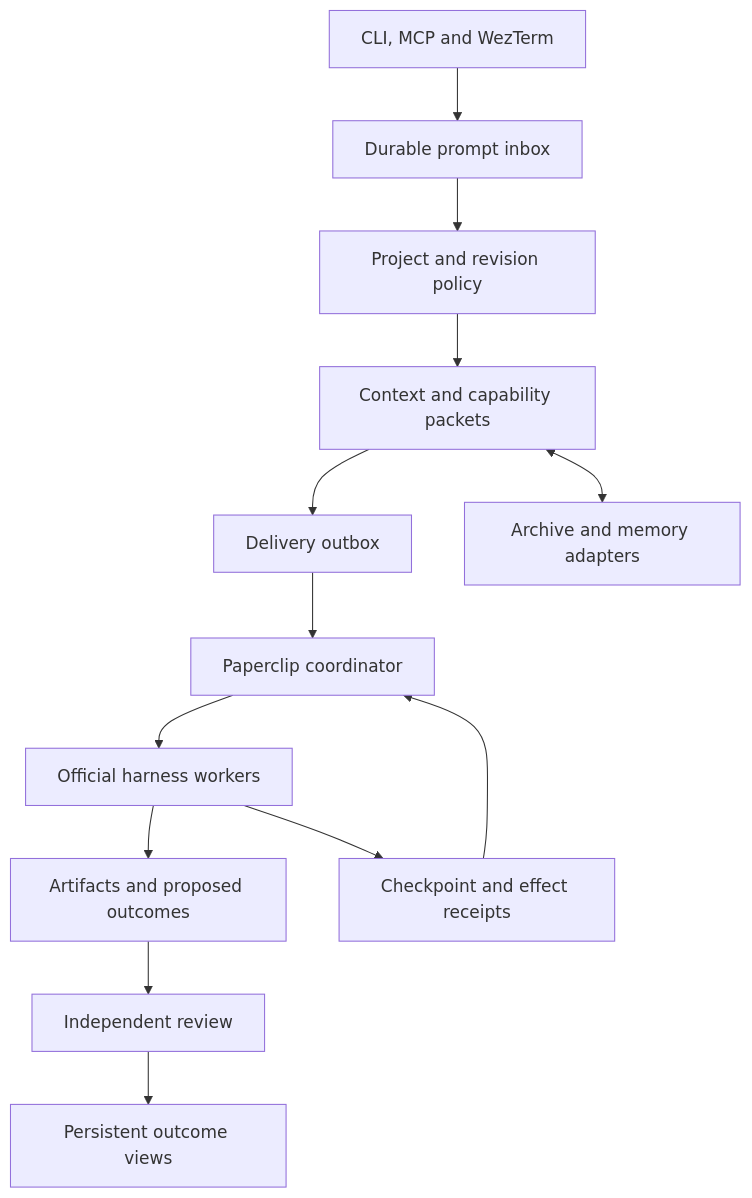
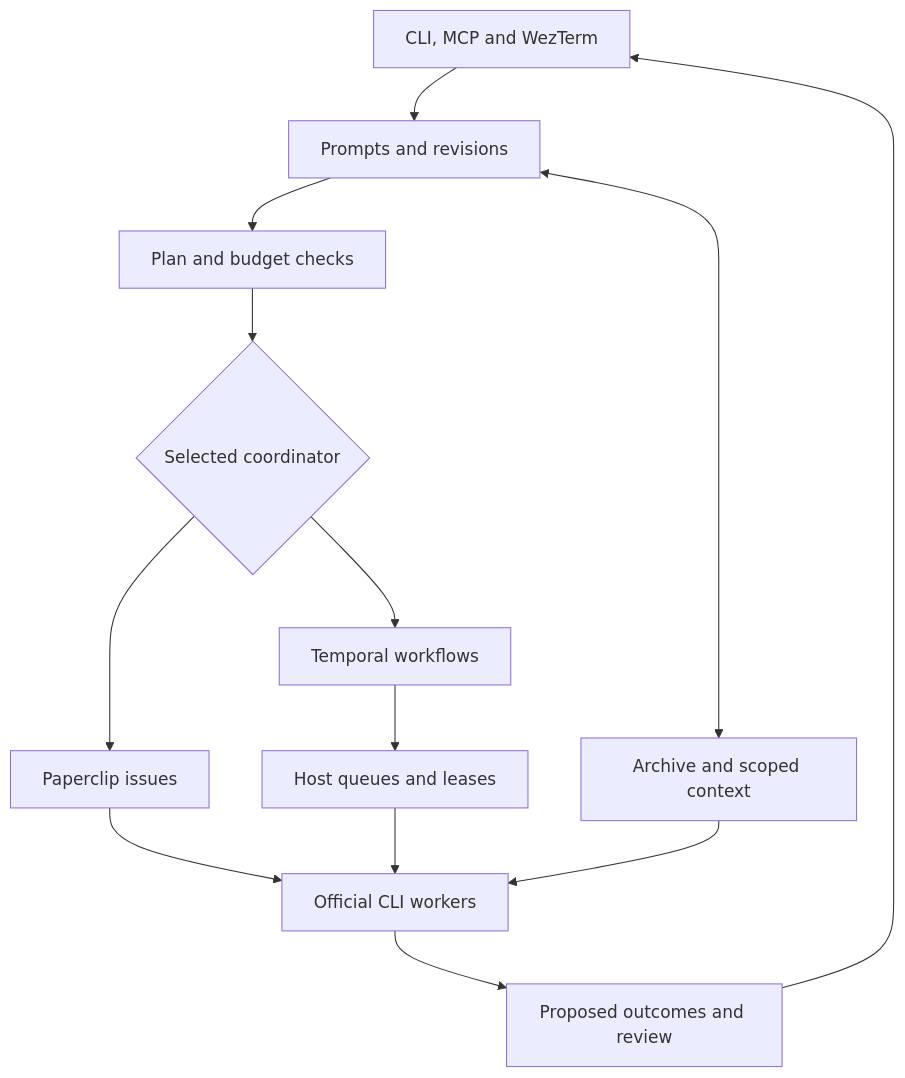
Before and after one commit to balrajOla/firstmate: the first of 2 diagrams in docs/ARCHITECTURE.md, drawn with Mermaid. The commit also changed other lines of this file and 113 other files, not shown here.

````diff
--- a/docs/ARCHITECTURE.md
+++ b/docs/ARCHITECTURE.md
@@ -5,15 +5,15 @@
 ```mermaid
 flowchart TD
-  H["CLI, MCP and WezTerm"] --> I["Durable prompt inbox"]
-  I --> P["Project and revision policy"]
-  P --> C["Context and capability packets"]
-  C --> O["Delivery outbox"]
-  O --> R["Paperclip coordinator"]
-  R --> A["Official harness workers"]
-  A --> E["Artifacts and proposed outcomes"]
-  E --> V["Independent review"]
-  V --> U["Persistent outcome views"]
-  C <--> M["Archive and memory adapters"]
-  A --> K["Checkpoint and effect receipts"]
-  K --> R
+  UI["CLI, MCP and WezTerm"] --> I["Prompts and revisions"]
+  I --> P["Plan and budget checks"]
+  P --> C{"Selected coordinator"}
+  C --> PC["Paperclip issues"]
+  C --> T["Temporal workflows"]
+  T --> F["Host queues and leases"]
+  PC --> W["Official CLI workers"]
+  F --> W
+  I <--> X["Archive and scoped context"]
+  X --> W
+  W --> O["Proposed outcomes and review"]
+  O --> UI
 ```
````
